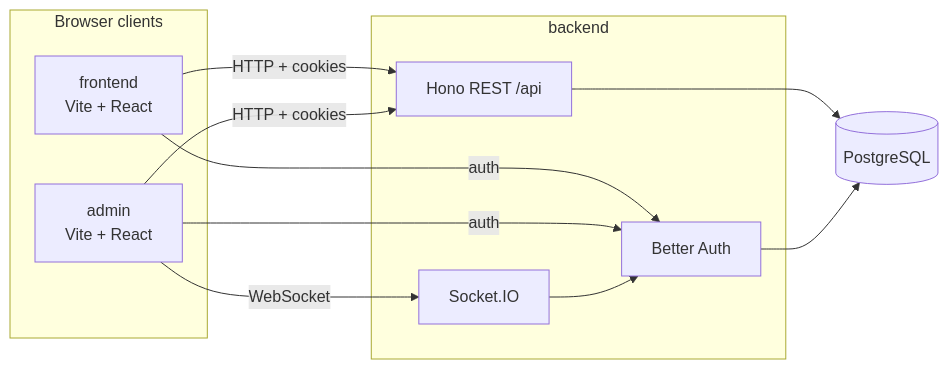
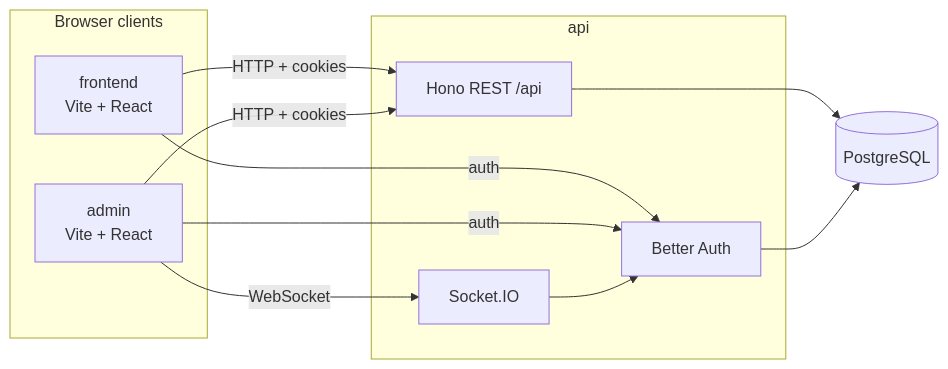
The diagram in README.md (Melv1C/CompetitionManagerV2), drawn with Mermaid before and after one commit. The commit also changed other lines of this file and 63 other files, not shown here.

````diff
--- a/README.md
+++ b/README.md
@@ -23,25 +25,25 @@
 ```mermaid
 flowchart LR
   subgraph clients["Browser clients"]
     FE[frontend<br/>Vite + React]
     AD[admin<br/>Vite + React]
   end
 
-  subgraph api["backend"]
+  subgraph api["api"]
     HONO[Hono REST /api]
     AUTH[Better Auth]
     SIO[Socket.IO]
   end
 
   DB[(PostgreSQL)]
 
   FE -->|HTTP + cookies| HONO
   FE -->|auth| AUTH
   AD -->|HTTP + cookies| HONO
   AD -->|auth| AUTH
   AD -->|WebSocket| SIO
 
   HONO --> DB
   AUTH --> DB
   SIO --> AUTH
 ```
````
